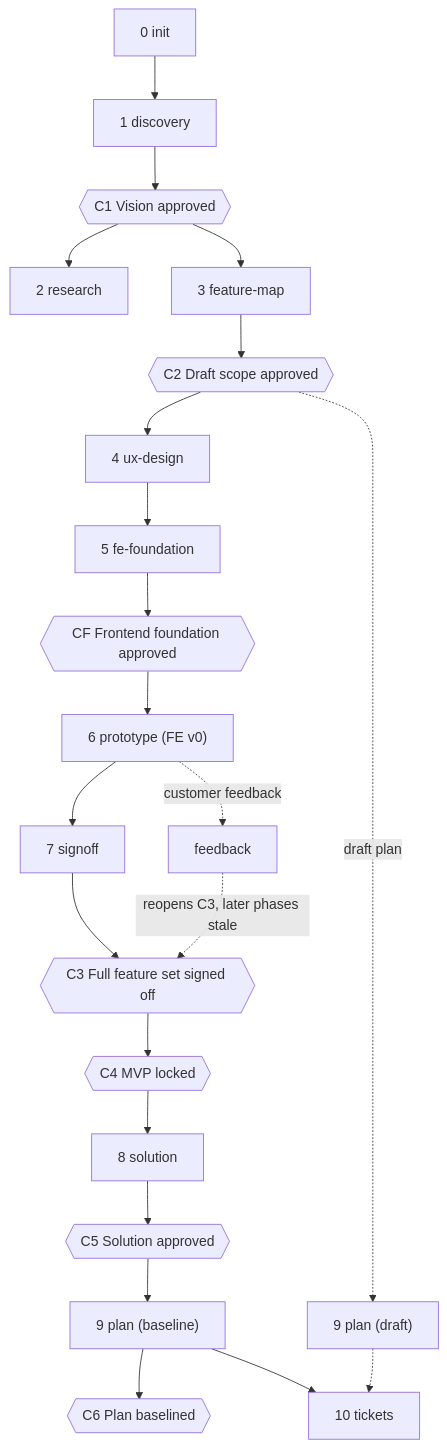
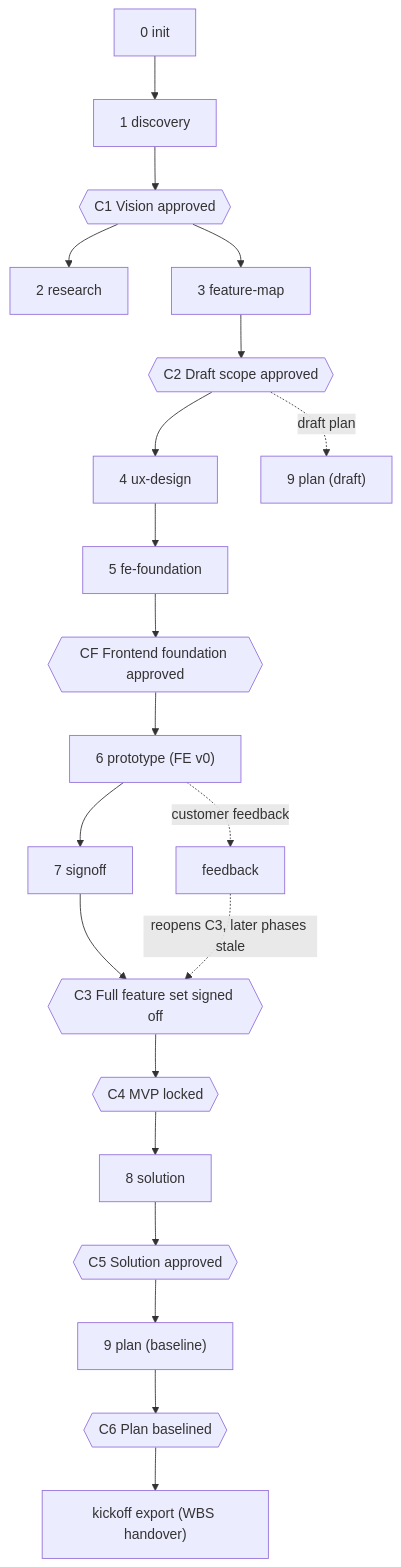
Before and after one commit to ivai-dev/kick: the diagram in README.md, drawn with Mermaid. The commit also changed other lines of this file and 21 other files, not shown here.

Commit message:
feat(skills)!: end at the baselined plan with kickoff export; drop tickets and tracker sync; release 0.6.0

````diff
--- a/README.md
+++ b/README.md
@@ -13,24 +13,23 @@
 ```mermaid
 flowchart TD
     P0["0 init"] --> P1["1 discovery"]
     P1 --> C1{{"C1 Vision approved"}}
     C1 --> P2["2 research"]
     C1 --> P3["3 feature-map"]
     P3 --> C2{{"C2 Draft scope approved"}}
     C2 --> P4["4 ux-design"]
     P4 --> P4f["5 fe-foundation"]
     P4f --> CF{{"CF Frontend foundation approved"}}
     CF --> P5["6 prototype (FE v0)"]
     P5 --> P6["7 signoff"]
     P6 --> C3{{"C3 Full feature set signed off"}}
     C3 --> C4{{"C4 MVP locked"}}
     C4 --> P7["8 solution"]
     P7 --> C5{{"C5 Solution approved"}}
     C5 --> P8["9 plan (baseline)"]
     P8 --> C6{{"C6 Plan baselined"}}
-    P8 --> P9["10 tickets"]
+    C6 --> X["kickoff export (WBS handover)"]
     C2 -.->|"draft plan"| P8d["9 plan (draft)"]
-    P8d -.-> P9
     P5 -.->|"customer feedback"| FB["feedback"]
     FB -.->|"reopens C3, later phases stale"| C3
 ```
````
